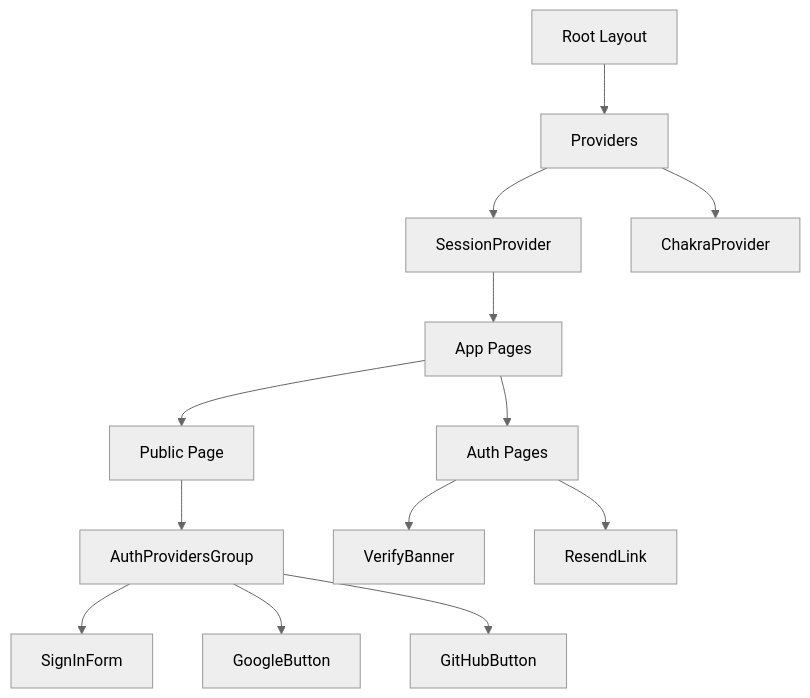
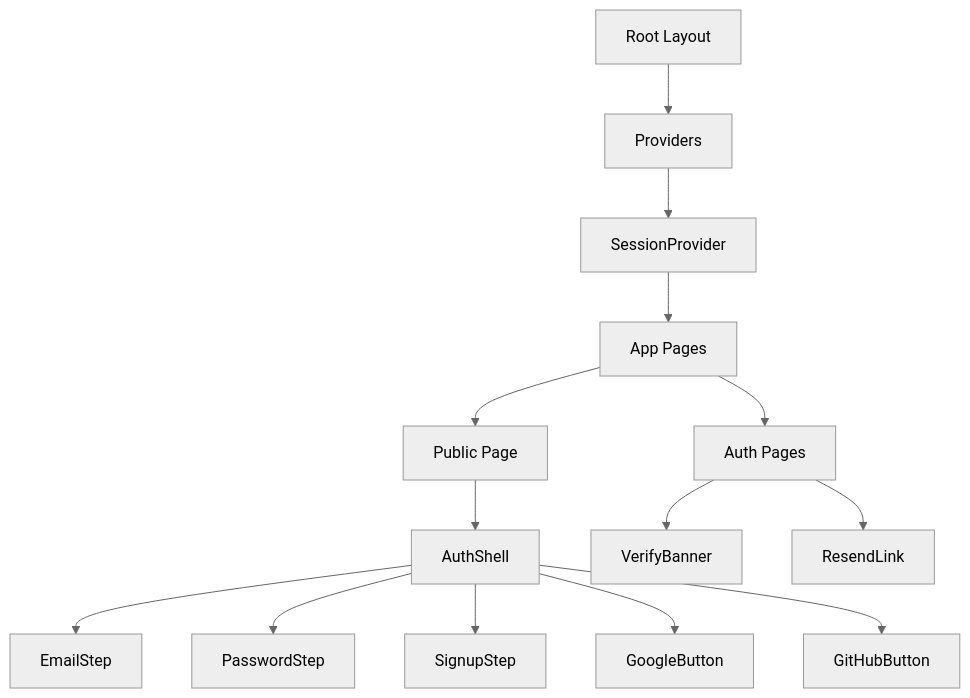
The seventh of 12 diagrams in docs/ARCHITECTURE.md (manumu-studio/m2-next-auth-prisma-postgres-starter), drawn with Mermaid (neutral theme) before and after one commit. The commit also changed other lines of this file and 97 other files, not shown here.

````diff
--- a/docs/ARCHITECTURE.md
+++ b/docs/ARCHITECTURE.md
@@ -193,15 +193,16 @@
 ```mermaid
 graph TD
     A[Root Layout] --> B[Providers]
     B --> C[SessionProvider]
-    B --> D[ChakraProvider]
     C --> E[App Pages]
     E --> F[Public Page]
     E --> G[Auth Pages]
-    F --> H[AuthProvidersGroup]
-    H --> I[SignInForm]
-    H --> J[GoogleButton]
-    H --> K[GitHubButton]
-    G --> L[VerifyBanner]
-    G --> M[ResendLink]
+    F --> H[AuthShell]
+    H --> I[EmailStep]
+    H --> J[PasswordStep]
+    H --> K[SignupStep]
+    H --> L[GoogleButton]
+    H --> M[GitHubButton]
+    G --> N[VerifyBanner]
+    G --> O[ResendLink]
 ```
````
